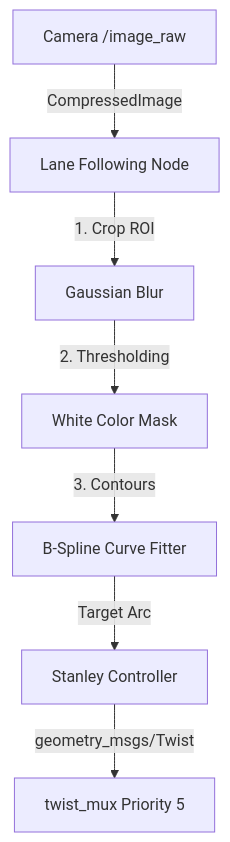
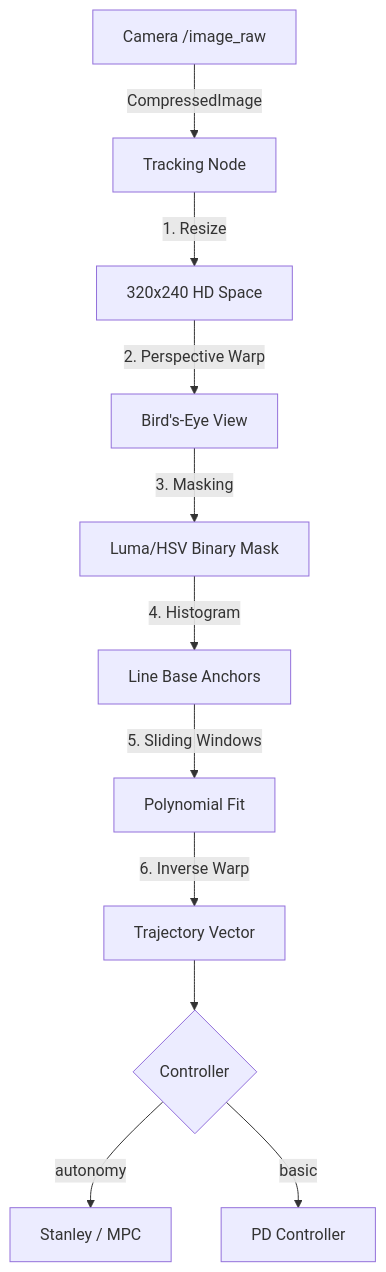
The first of 2 diagrams in docs/04_Perception_Stack.md (CagriCatik/JetRacer), drawn with Mermaid before and after one commit. The commit also changed other lines of this file and 66 other files, not shown here.

````diff
--- a/docs/04_Perception_Stack.md
+++ b/docs/04_Perception_Stack.md
@@ -14,9 +14,13 @@
 ```mermaid
 graph TD
-    CAM[Camera /image_raw] -->|CompressedImage| OPENCV[Lane Following Node]
-    OPENCV -->|1. Crop ROI| BLUR[Gaussian Blur]
-    BLUR -->|2. Thresholding| MASK[White Color Mask]
-    MASK -->|3. Contours| SPLINE[B-Spline Curve Fitter]
-    SPLINE -->|Target Arc| STANLEY[Stanley Controller]
-    STANLEY -->|geometry_msgs/Twist| MUX[twist_mux Priority 5]
+    CAM[Camera /image_raw] -->|CompressedImage| CORE[Tracking Node]
+    CORE -->|1. Resize| HD[320x240 HD Space]
+    HD -->|2. Perspective Warp| BEV[Bird's-Eye View]
+    BEV -->|3. Masking| MASK[Luma/HSV Binary Mask]
+    MASK -->|4. Histogram| BASE[Line Base Anchors]
+    BASE -->|5. Sliding Windows| POLY[Polynomial Fit]
+    POLY -->|6. Inverse Warp| WAYP[Trajectory Vector]
+    WAYP --> SEL{Controller}
+    SEL -->|autonomy| AUT[Stanley / MPC]
+    SEL -->|basic| PD[PD Controller]
 ```
````
